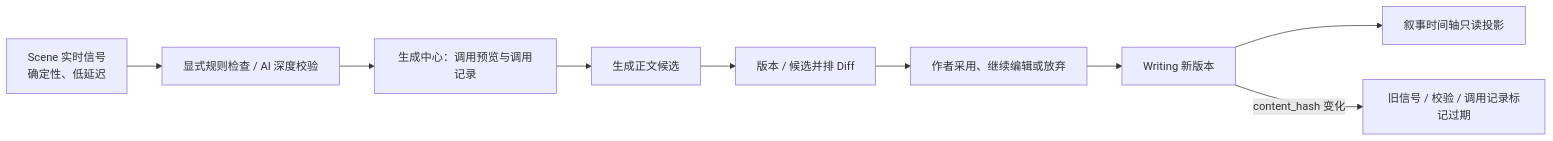
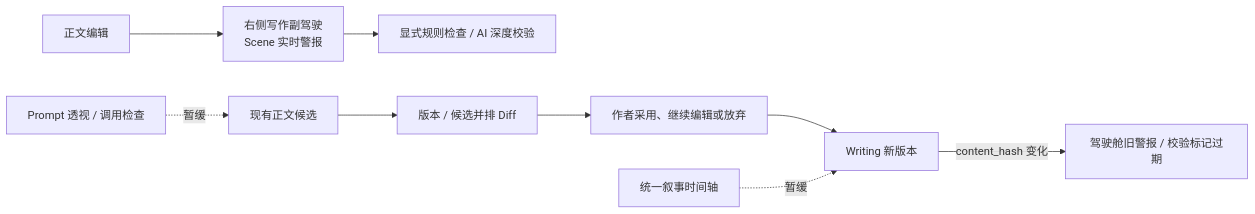
The first of 9 diagrams in docs/references/2026-07-15-four-authoring-workbench-directions-design.md (FengHuoLinShan/ai-writing-assist), drawn with Mermaid before and after one commit. The commit also changed other lines of this file and 62 other files, not shown here.

````diff
--- a/docs/references/2026-07-15-four-authoring-workbench-directions-design.md
+++ b/docs/references/2026-07-15-four-authoring-workbench-directions-design.md
@@ -22,11 +30,11 @@
 ```mermaid
 flowchart LR
-    S["Scene 实时信号<br/>确定性、低延迟"] --> V["显式规则检查 / AI 深度校验"]
-    V --> P["生成中心：调用预览与调用记录"]
-    P --> G["生成正文候选"]
-    G --> D["版本 / 候选并排 Diff"]
+    E["正文编辑"] --> S["右侧写作副驾驶<br/>Scene 实时警报"]
+    S --> V["显式规则检查 / AI 深度校验"]
+    G["现有正文候选"] --> D["版本 / 候选并排 Diff"]
     D --> A["作者采用、继续编辑或放弃"]
     A --> W["Writing 新版本"]
-    W --> T["叙事时间轴只读投影"]
-    W -->|content_hash 变化| X["旧信号 / 校验 / 调用记录标记过期"]
+    W -->|content_hash 变化| X["驾驶舱旧警报 / 校验标记过期"]
+    T["统一叙事时间轴"] -.暂缓.-> W
+    P["Prompt 透视 / 调用检查"] -.暂缓.-> G
 ```
````
